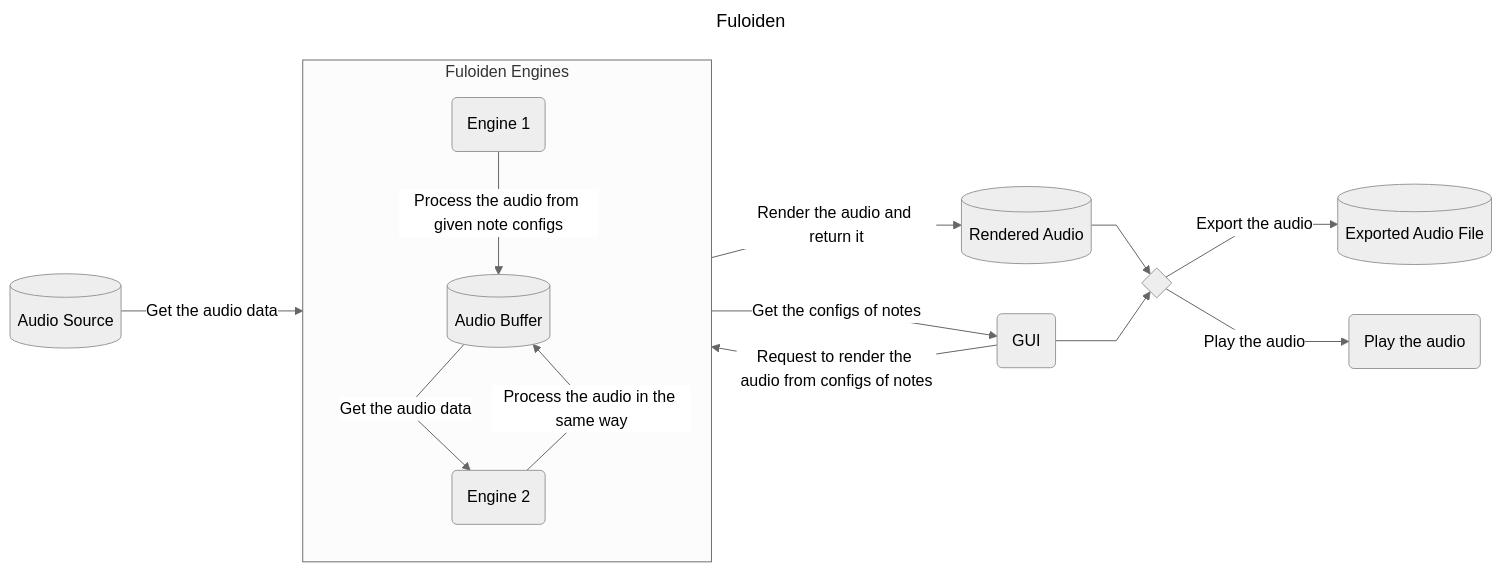
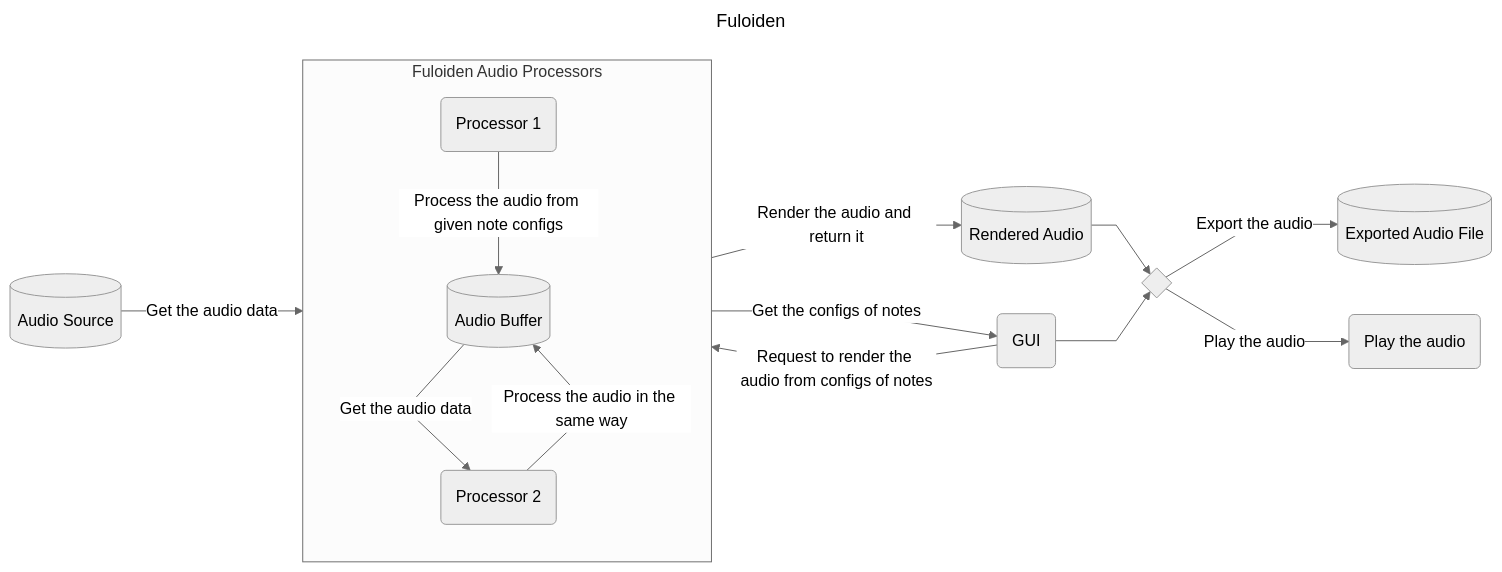
One commit to sharpedmimishee/fuloiden changed the second of 2 diagrams in README.md. Above: the diagram before and after it, drawn with Mermaid (neutral theme). The commit also changed other lines of this file, not shown here.

````diff
--- a/README.md
+++ b/README.md
@@ -56,25 +56,25 @@
 ```mermaid
 ---
 title: Fuloiden
 config:
   flowchart:
     curve: linear
 ---
 flowchart LR
 gui(GUI)
 audiosource[("Audio Source")]
-subgraph engines["Fuloiden Engines"]
-  engine1("Engine 1")
-  engine2("Engine 2")
+subgraph processors["Fuloiden Audio Processors"]
+  processor1("Processor 1")
+  processor2("Processor 2")
   audiobuffer[("Audio Buffer")]
-  engine1-->|Process the audio from given note configs|audiobuffer
-  audiobuffer-->|Get the audio data|engine2-->|Process the audio in the same way|audiobuffer
+  processor1-->|Process the audio from given note configs|audiobuffer
+  audiobuffer-->|Get the audio data|processor2-->|Process the audio in the same way|audiobuffer
 end
 renderedaudio[("Rendered Audio")]
 renderedjoint{ }
-audiosource-->|Get the audio data|engines
-gui-->|Request to render the audio from configs of notes|engines-->|Get the configs of notes|gui
-engines-->|Render the audio and return it|renderedaudio
+audiosource-->|Get the audio data|processors
+gui-->|Request to render the audio from configs of notes|processors-->|Get the configs of notes|gui
+processors-->|Render the audio and return it|renderedaudio
 renderedaudio & gui-->renderedjoint-->|Export the audio|exportedaudiofile[("Exported Audio File")]
 renderedjoint-->|Play the audio|playaudio("Play the audio")
 ```
````
